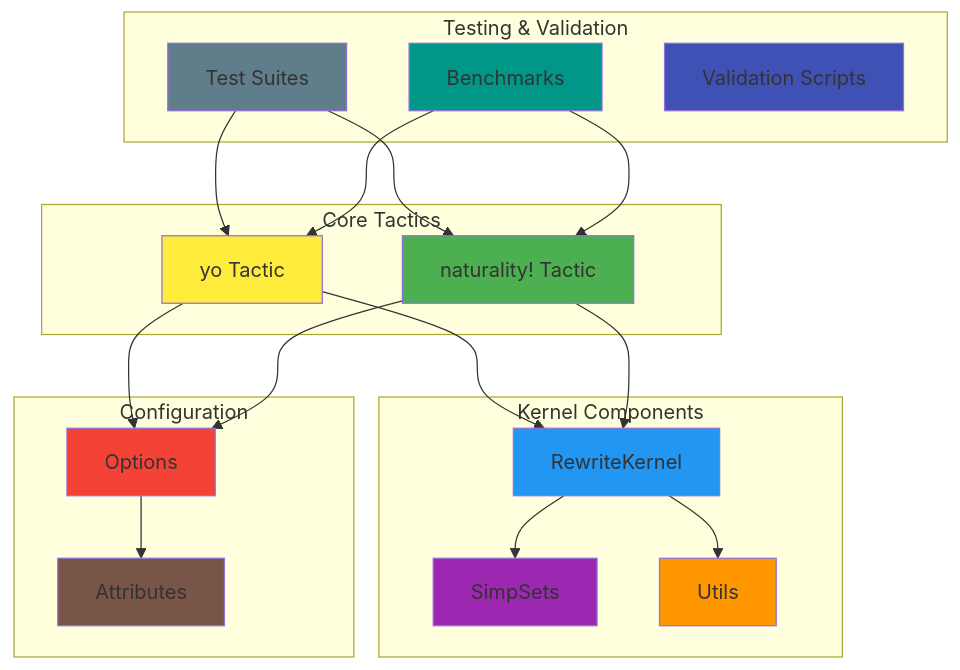
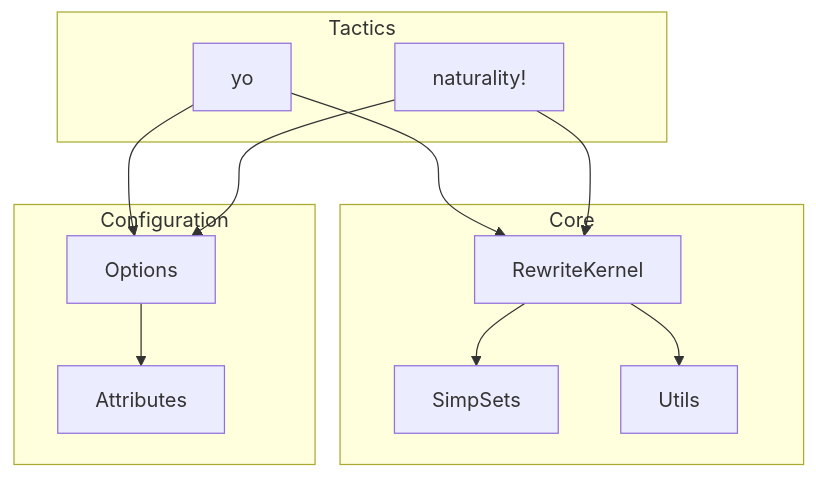
Before and after one commit to fraware/lean-yo: the diagram in README.md, drawn with Mermaid. The commit also changed other lines of this file and 23 other files, not shown here.

````diff
--- a/README.md
+++ b/README.md
@@ -32,47 +46,23 @@
 ```mermaid
-graph TB
-    subgraph "Core Tactics"
-        A[yo Tactic]
-        B[naturality! Tactic]
-    end
-    
-    subgraph "Kernel Components"
-        C[RewriteKernel]
-        D[SimpSets]
-        E[Utils]
-    end
-    
-    subgraph "Configuration"
-        F[Options]
-        G[Attributes]
-    end
-    
-    subgraph "Testing & Validation"
-        H[Test Suites]
-        I[Benchmarks]
-        J[Validation Scripts]
-    end
-    
-    A --> C
-    B --> C
-    C --> D
-    C --> E
-    A --> F
-    B --> F
-    F --> G
-    H --> A
-    H --> B
-    I --> A
-    I --> B
-    
-    style A fill:#ffeb3b
-    style B fill:#4caf50
-    style C fill:#2196f3
-    style D fill:#9c27b0
-    style E fill:#ff9800
-    style F fill:#f44336
-    style G fill:#795548
-    style H fill:#607d8b
-    style I fill:#009688
-    style J fill:#3f51b5
+flowchart TB
+  subgraph tg [Tactics]
+    Y[yo]
+    N[naturality!]
+  end
+  subgraph cr [Core]
+    K[RewriteKernel]
+    S[SimpSets]
+    U[Utils]
+  end
+  subgraph cf [Configuration]
+    O[Options]
+    A[Attributes]
+  end
+  Y --> K
+  N --> K
+  K --> S
+  K --> U
+  Y --> O
+  N --> O
+  O --> A
 ```
````
